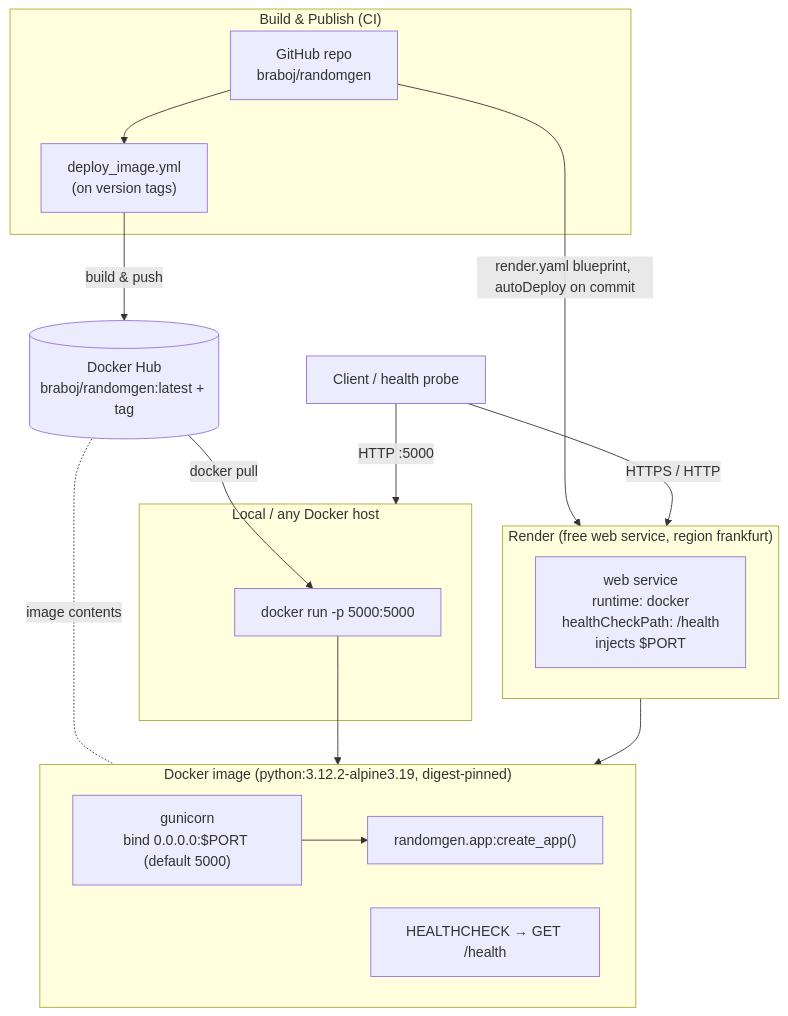
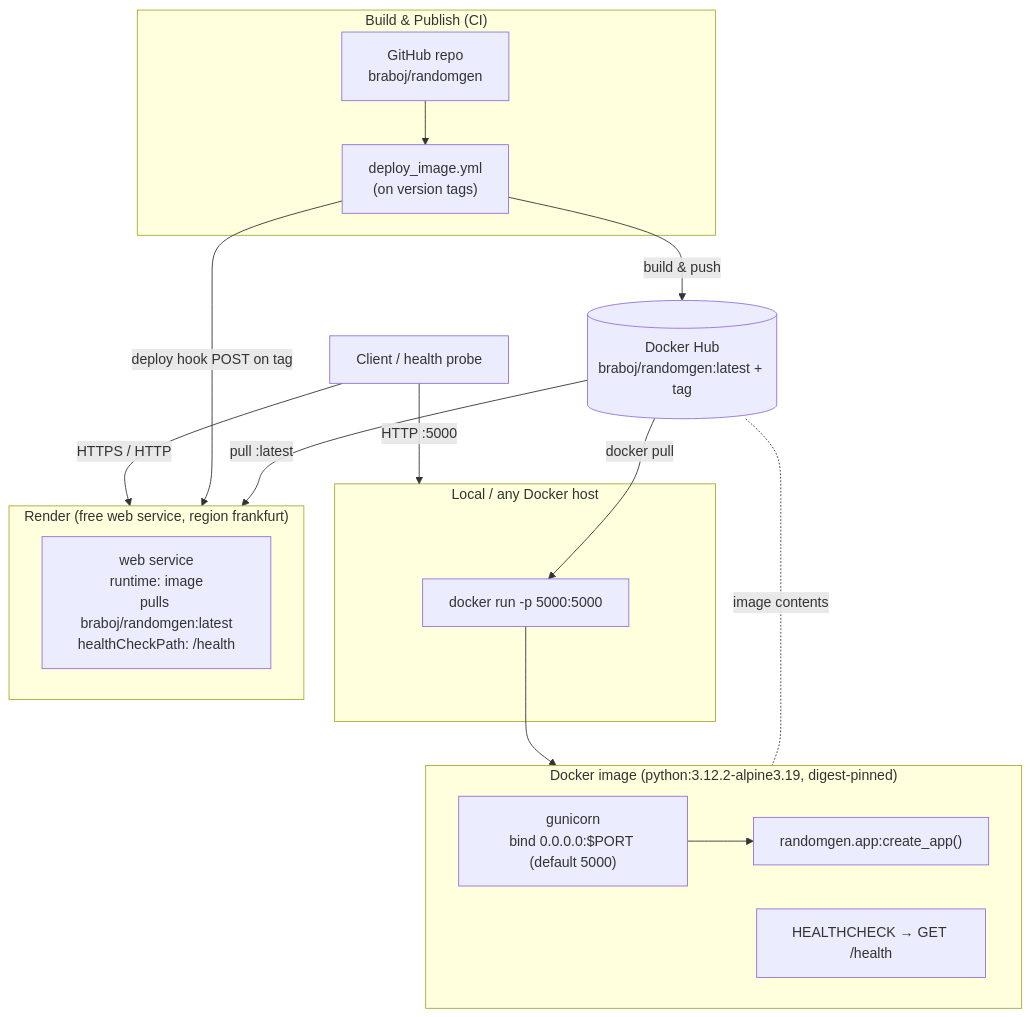
Before and after one commit to braboj/demo-randomgen: the diagram in docs/arc42/07-deployment-view.md, drawn with Mermaid. The commit also changed other lines of this file and 7 other files, not shown here.

First line of the commit message:
fix(deploy): auto-deploy the released image to Render (ADR-017)

````diff
--- a/docs/arc42/07-deployment-view.md
+++ b/docs/arc42/07-deployment-view.md
@@ -10,34 +10,34 @@
 ```mermaid
 flowchart TB
     subgraph build["Build & Publish (CI)"]
         repo["GitHub repo<br/>braboj/randomgen"]
         ci_img["deploy_image.yml<br/>(on version tags)"]
         repo --> ci_img
     end
 
     dockerhub[("Docker Hub<br/>braboj/randomgen:latest + tag")]
     ci_img -->|build & push| dockerhub
 
     subgraph image["Docker image (python:3.12.2-alpine3.19, digest-pinned)"]
         gunicorn["gunicorn<br/>bind 0.0.0.0:$PORT (default 5000)"]
         app["randomgen.app:create_app()"]
         gunicorn --> app
         hc["HEALTHCHECK → GET /health"]
     end
     dockerhub -. "image contents" .- image
 
     subgraph local["Local / any Docker host"]
         d_run["docker run -p 5000:5000"]
     end
     dockerhub -->|docker pull| d_run
     d_run --> image
 
     subgraph render["Render (free web service, region frankfurt)"]
-        r_svc["web service<br/>runtime: docker<br/>healthCheckPath: /health<br/>injects $PORT"]
+        r_svc["web service<br/>runtime: image<br/>pulls braboj/randomgen:latest<br/>healthCheckPath: /health"]
     end
-    repo -->|render.yaml blueprint, autoDeploy on commit| render
-    render --> image
+    dockerhub -->|pull :latest| render
+    ci_img -->|deploy hook POST on tag| render
 
     client["Client / health probe"] -->|HTTPS / HTTP| render
     client -->|HTTP :5000| local
 ```
````
